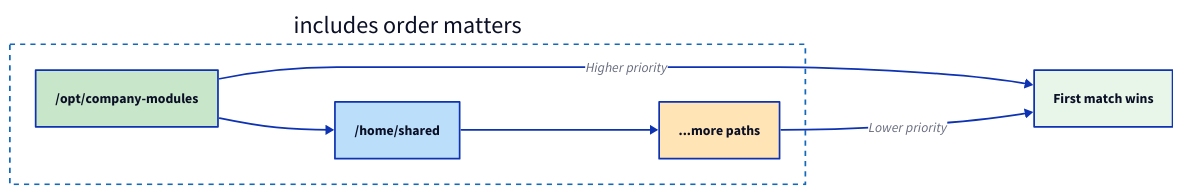
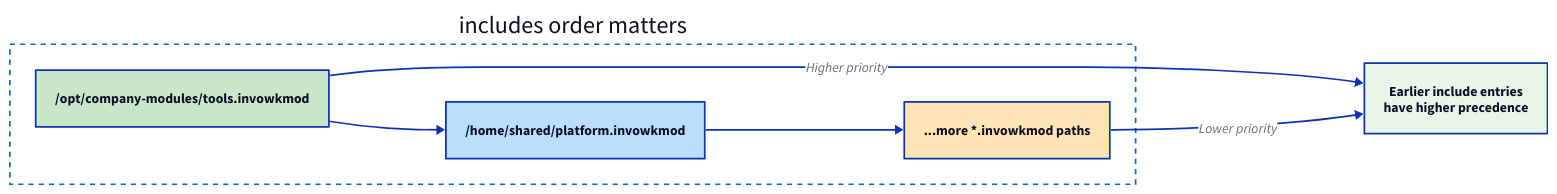
Before and after one commit to invowk/invowk: the diagram in docs/diagrams/flowcharts/discovery-includes.d2, drawn with D2. The commit also changed 23 other files, not shown here. The source asks for the TALA layout; these drawings use dagre instead.

First line of the commit message:
fix(diagrams): correct 5 D2 diagrams for accuracy against codebase

```diff
--- a/docs/diagrams/flowcharts/discovery-includes.d2
+++ b/docs/diagrams/flowcharts/discovery-includes.d2
@@ -1,52 +1,52 @@
 # Includes Order Flowchart
 #
 # Shows how configured includes are processed in order,
 # with earlier entries having higher priority.
 #
 # Source: docs/architecture/flowchart-discovery.md
 
 vars: {
   d2-config: {
     layout-engine: tala
   }
 }
 
 direction: right
 
 # ==============================================================================
 # Includes Order
 # ==============================================================================
 
 paths: includes order matters {
   style: {
     stroke: "#1168BD"
     stroke-dash: 3
     fill: transparent
   }
 
-  P1: /opt/company-modules {
+  P1: /opt/company-modules/tools.invowkmod {
     style.fill: "#C8E6C9"
   }
 
-  P2: /home/shared {
+  P2: /home/shared/platform.invowkmod {
     style.fill: "#BBDEFB"
   }
 
-  P3: ...more paths {
+  P3: ...more *.invowkmod paths {
     style.fill: "#FFE4B5"
   }
 
   P1 -> P2
   P2 -> P3
 }
 
 # ==============================================================================
 # Priority Resolution
 # ==============================================================================
 
-Win: First match wins {
+Win: Earlier include entries\nhave higher precedence {
   style.fill: "#E8F5E9"
 }
 
 paths.P1 -> Win: Higher priority
 paths.P3 -> Win: Lower priority
```
